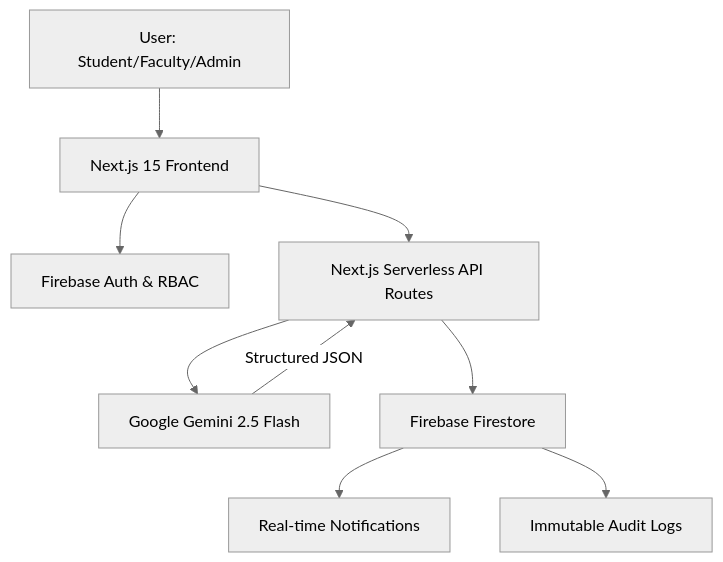
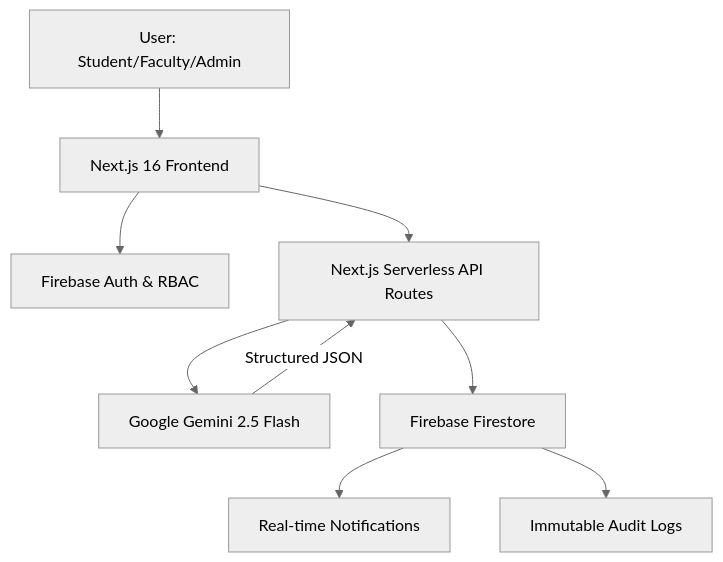
The diagram in docs/Project_Documentation_Plan.md (tanish-jain-225/Department-Ledger-Portal), drawn with Mermaid (neutral theme) before and after one commit. The commit also changed other lines of this file and 62 other files, not shown here.

````diff
--- a/docs/Project_Documentation_Plan.md
+++ b/docs/Project_Documentation_Plan.md
@@ -25,11 +25,11 @@
 ```mermaid
 graph TD
-    A[User: Student/Faculty/Admin] --> B[Next.js 15 Frontend]
+    A[User: Student/Faculty/Admin] --> B[Next.js 16 Frontend]
     B --> C[Firebase Auth & RBAC]
     B --> D[Next.js Serverless API Routes]
     D --> E[Google Gemini 2.5 Flash]
     D --> F[Firebase Firestore]
     F --> G[Real-time Notifications]
     F --> H[Immutable Audit Logs]
     E -->|Structured JSON| D
 ```
````
